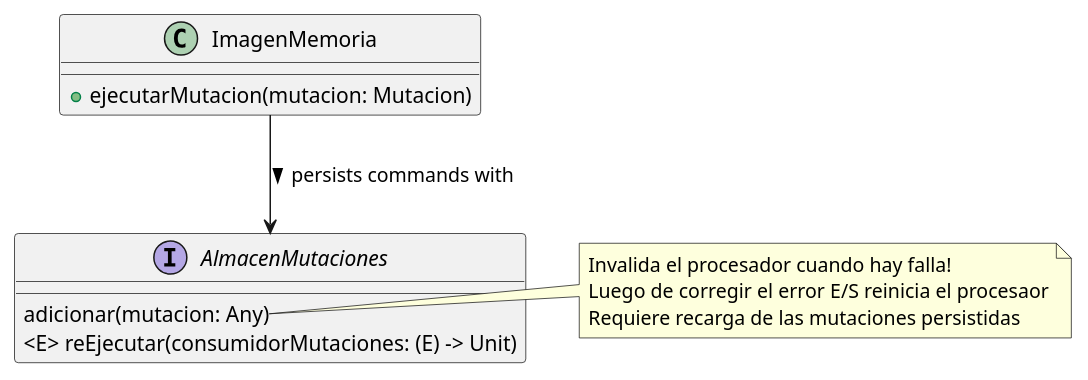
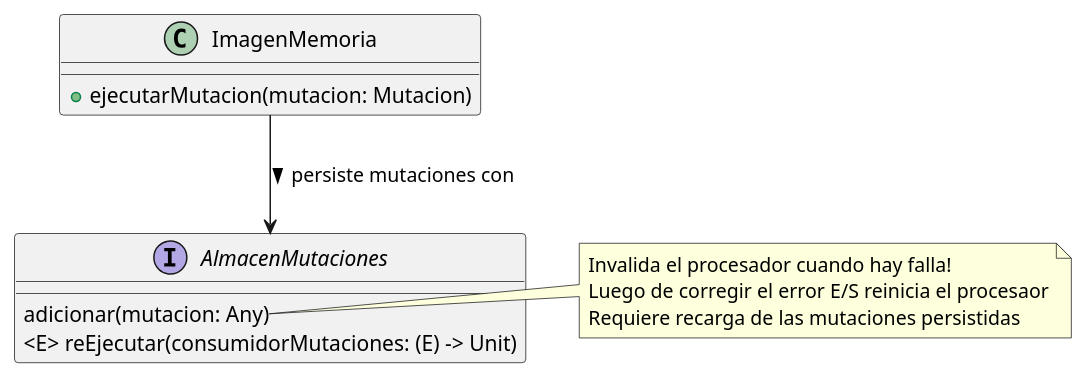
One commit to xrrocha/jvm-funcional changed the diagram in kotlin-memimg/docs/kmemimg-4.puml. Above: the diagram before and after it, drawn with PlantUML. The commit also changed 19 other files, not shown here.

```diff
--- a/kotlin-memimg/docs/kmemimg-4.puml
+++ b/kotlin-memimg/docs/kmemimg-4.puml
@@ -1,22 +1,22 @@
 @startuml
 skinparam class {
     BackgroundColor<<Dominio>> Wheat
     BorderColor<<Dominio>> Tomato
 }
 
 class ImagenMemoria {
     + ejecutarMutacion(mutacion: Mutacion)
 }
 
 interface AlmacenMutaciones {
     adicionar(mutacion: Any)
     <E> reEjecutar(consumidorMutaciones: (E) -> Unit)
 }
-ImagenMemoria --> AlmacenMutaciones: persists commands with >
+ImagenMemoria --> AlmacenMutaciones: persiste mutaciones con >
 note right of AlmacenMutaciones::"adicionar(mutacion: Any)"
     Invalida el procesador cuando hay falla!
     Luego de corregir el error E/S reinicia el procesaor
     Requiere recarga de las mutaciones persistidas
 end note
 
 @enduml
```
